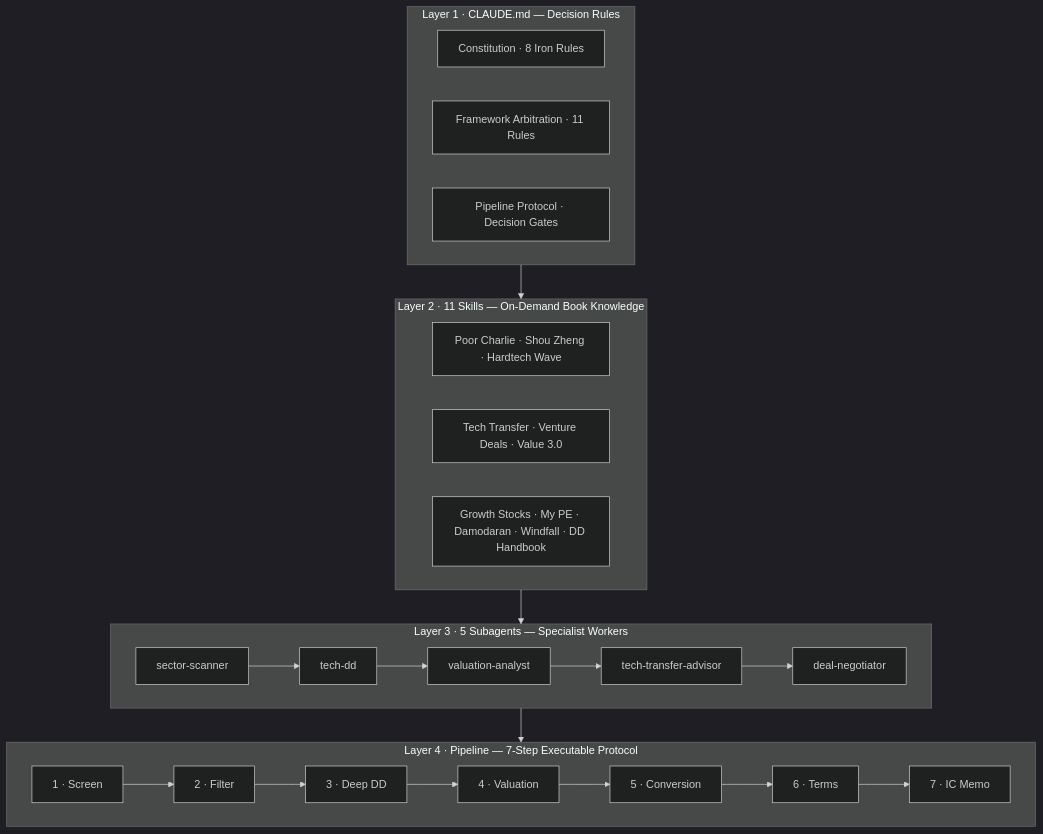
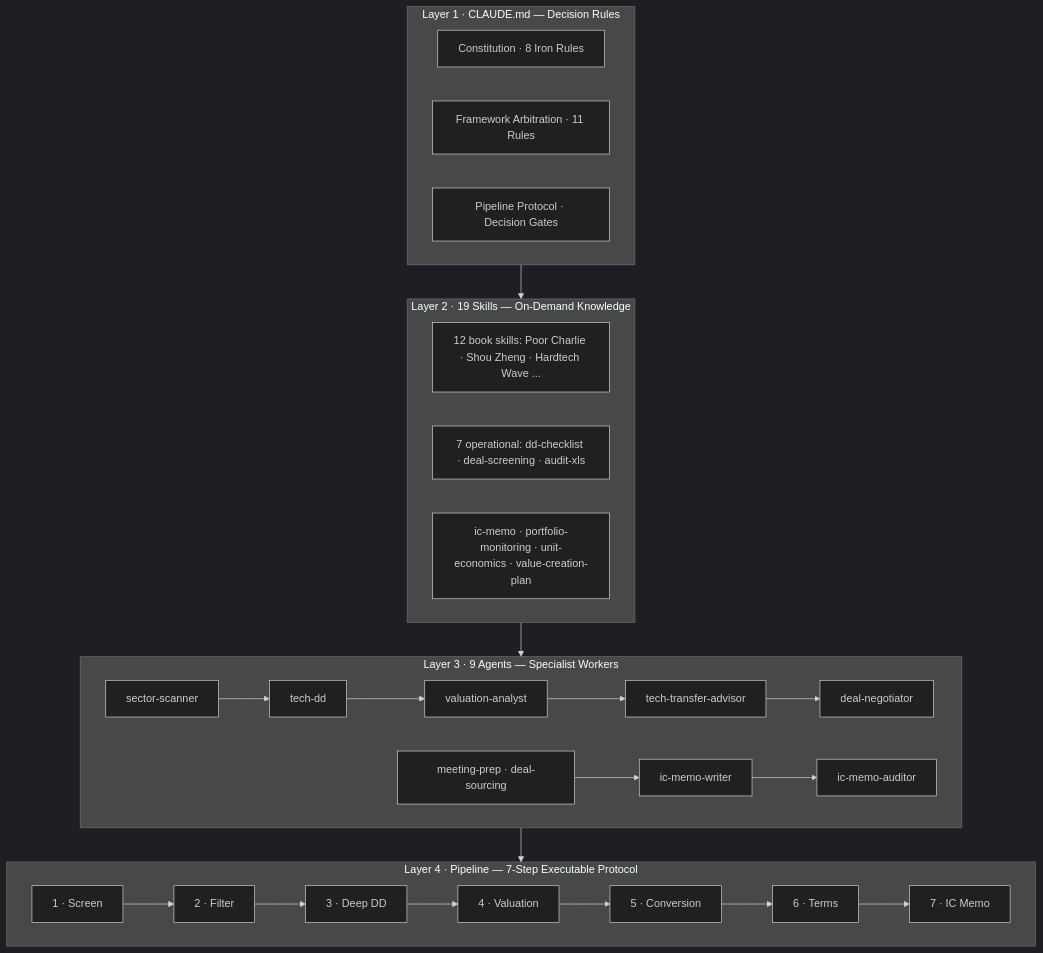
The second of 2 diagrams in README.md (Justinjchen-Cornell/Hardtech-Venture-Capital-OS), drawn with Mermaid (dark theme) before and after one commit. The commit also changed other lines of this file and 1 other file, not shown here.

````diff
--- a/README.md
+++ b/README.md
@@ -63,32 +64,34 @@
 ```mermaid
 graph TB
     subgraph L1["Layer 1 · CLAUDE.md — Decision Rules"]
         R1["Constitution · 8 Iron Rules"]
         R2["Framework Arbitration · 11 Rules"]
         R3["Pipeline Protocol · Decision Gates"]
     end
 
-    subgraph L2["Layer 2 · 11 Skills — On-Demand Book Knowledge"]
-        S1["Poor Charlie · Shou Zheng · Hardtech Wave"]
-        S2["Tech Transfer · Venture Deals · Value 3.0"]
-        S3["Growth Stocks · My PE · Damodaran · Windfall · DD Handbook"]
+    subgraph L2["Layer 2 · 19 Skills — On-Demand Knowledge"]
+        S1["12 book skills: Poor Charlie · Shou Zheng · Hardtech Wave ..."]
+        S2["7 operational: dd-checklist · deal-screening · audit-xls"]
+        S3["ic-memo · portfolio-monitoring · unit-economics · value-creation-plan"]
     end
 
-    subgraph L3["Layer 3 · 5 Subagents — Specialist Workers"]
+    subgraph L3["Layer 3 · 9 Agents — Specialist Workers"]
         A1["sector-scanner"] --> A2["tech-dd"]
         A2 --> A3["valuation-analyst"]
         A3 --> A4["tech-transfer-advisor"]
         A4 --> A5["deal-negotiator"]
+        A6["meeting-prep · deal-sourcing"] --> A7["ic-memo-writer"]
+        A7 --> A8["ic-memo-auditor"]
     end
 
     subgraph L4["Layer 4 · Pipeline — 7-Step Executable Protocol"]
         P1["1 · Screen"] --> P2["2 · Filter"]
         P2 --> P3["3 · Deep DD"]
         P3 --> P4["4 · Valuation"]
         P4 --> P5["5 · Conversion"]
         P5 --> P6["6 · Terms"]
         P6 --> P7["7 · IC Memo"]
     end
 
     L1 --> L2 --> L3 --> L4
 ```
````
